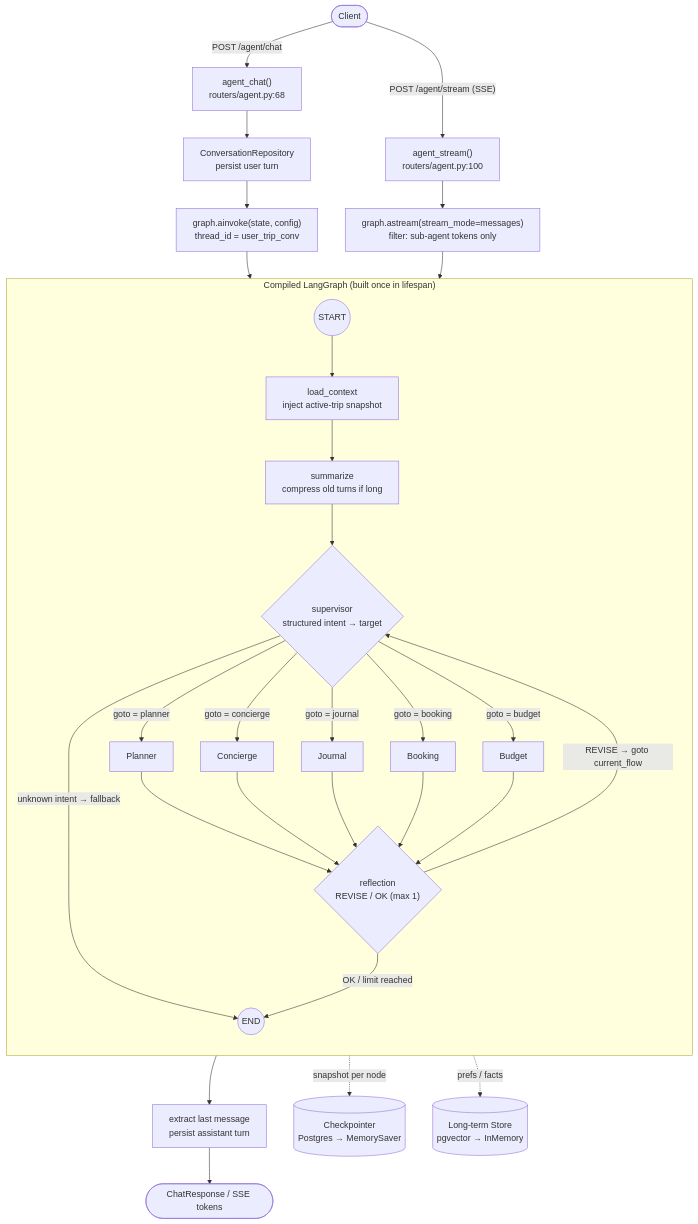
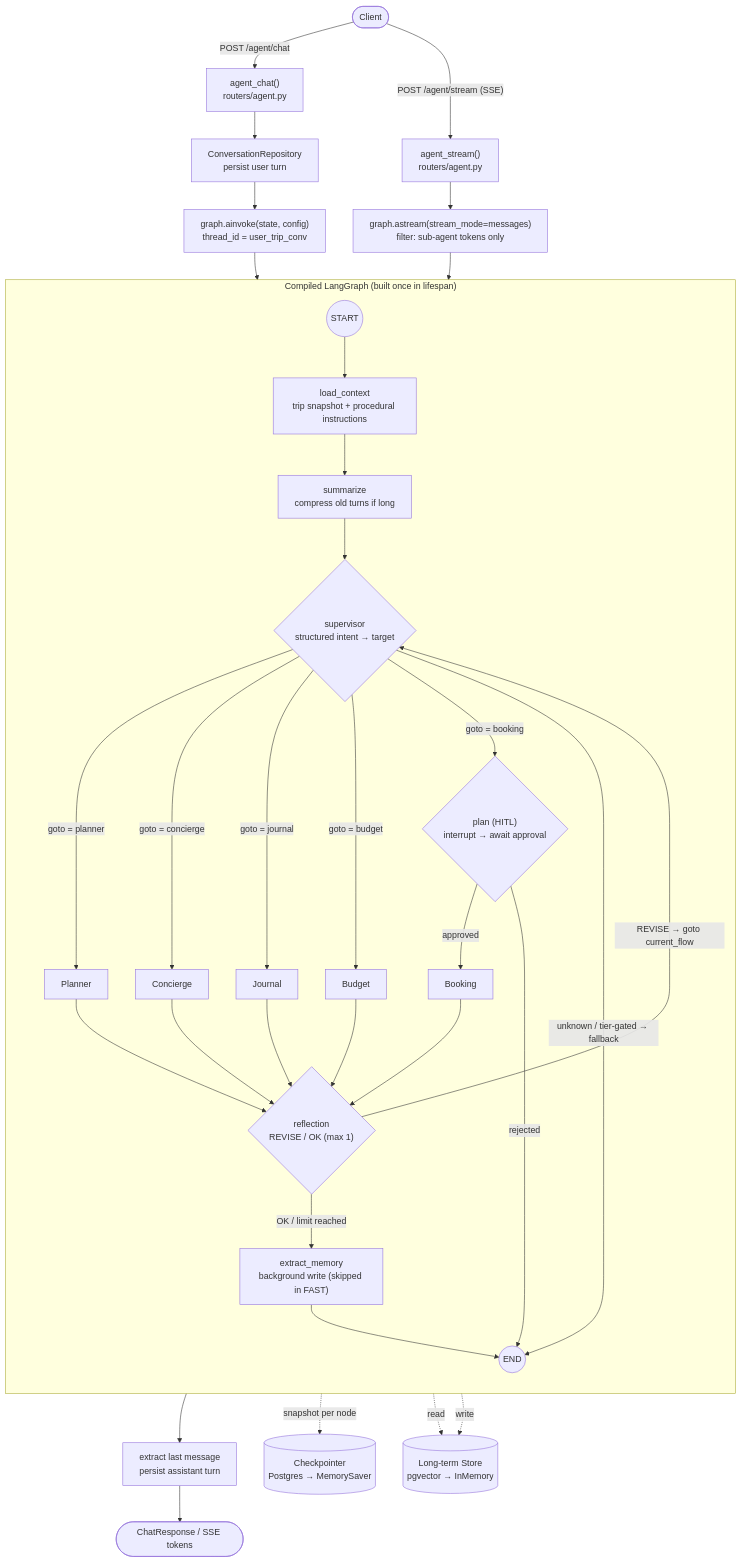
The second of 5 diagrams in WORKFLOW_DIAGRAM.md (minhtran3124/travel-pi), drawn with Mermaid before and after one commit. The commit also changed other lines of this file and 3 other files, not shown here.

First line of the commit message:
docs(agent): refresh workflow diagrams + add HTML renderer

````diff
--- a/WORKFLOW_DIAGRAM.md
+++ b/WORKFLOW_DIAGRAM.md
@@ -8,43 +60,50 @@
 ```mermaid
 flowchart TD
-    Client([Client]) -->|"POST /agent/chat"| Chat["agent_chat()<br/>routers/agent.py:68"]
-    Client -->|"POST /agent/stream (SSE)"| Stream["agent_stream()<br/>routers/agent.py:100"]
+    Client([Client]) -->|"POST /agent/chat"| Chat["agent_chat()<br/>routers/agent.py"]
+    Client -->|"POST /agent/stream (SSE)"| Stream["agent_stream()<br/>routers/agent.py"]
 
     Chat --> Persist["ConversationRepository<br/>persist user turn"]
     Persist --> Invoke["graph.ainvoke(state, config)<br/>thread_id = user_trip_conv"]
     Stream --> AStream["graph.astream(stream_mode=messages)<br/>filter: sub-agent tokens only"]
 
     Invoke --> Graph
     AStream --> Graph
 
     subgraph Graph["Compiled LangGraph (built once in lifespan)"]
         direction TB
-        Load["load_context<br/>inject active-trip snapshot"]
+        Load["load_context<br/>trip snapshot + procedural instructions"]
         Summ["summarize<br/>compress old turns if long"]
         Sup{"supervisor<br/>structured intent → target"}
+        Plan{"plan (HITL)<br/>interrupt → await approval"}
         Refl{"reflection<br/>REVISE / OK (max 1)"}
+        Ext["extract_memory<br/>background write (skipped in FAST)"]
 
         START((START)) --> Load --> Summ --> Sup
         Sup -->|"goto = planner"| Planner
         Sup -->|"goto = concierge"| Concierge
         Sup -->|"goto = journal"| Journal
-        Sup -->|"goto = booking"| Booking
         Sup -->|"goto = budget"| Budget
-        Sup -->|"unknown intent → fallback"| END((END))
+        Sup -->|"goto = booking"| Plan
+        Sup -->|"unknown / tier-gated → fallback"| END((END))
+
+        Plan -->|"approved"| Booking
+        Plan -->|"rejected"| END
 
         Planner --> Refl
         Concierge --> Refl
         Journal --> Refl
         Booking --> Refl
         Budget --> Refl
 
         Refl -->|"REVISE → goto current_flow"| Sup
-        Refl -->|"OK / limit reached"| END
+        Refl -->|"OK / limit reached"| Ext
+        Ext --> END
     end
 
     Graph --> Reply["extract last message<br/>persist assistant turn"]
     Reply --> Resp([ChatResponse / SSE tokens])
 
     Graph -.->|"snapshot per node"| CP[("Checkpointer<br/>Postgres → MemorySaver")]
-    Graph -.->|"prefs / facts"| ST[("Long-term Store<br/>pgvector → InMemory")]
+    Load -.->|"read"| ST[("Long-term Store<br/>pgvector → InMemory")]
+    Ext -.->|"write"| ST
 ```
````
